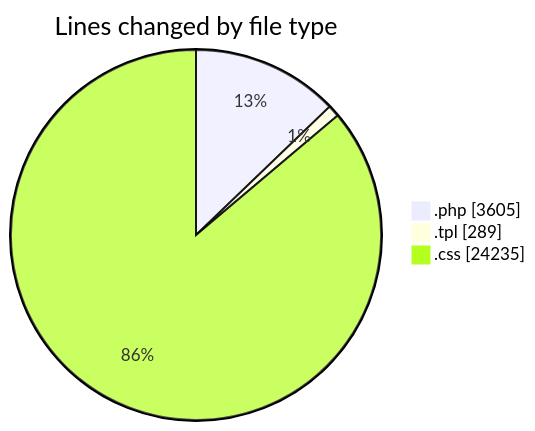
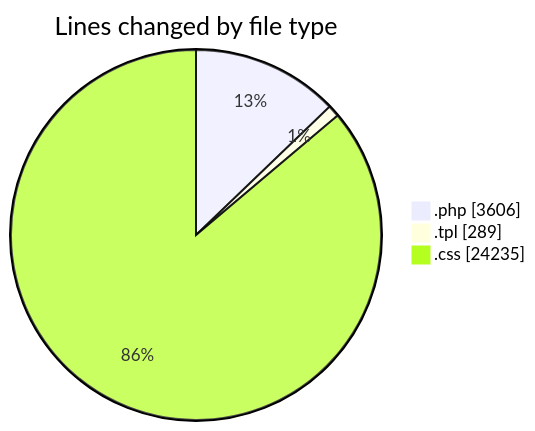
The first of 2 diagrams in 2025-04-18/zeytoon/README.md (vahidmafi/code-tracking), drawn with Mermaid before and after one commit. The commit also changed other lines of this file and 1 other file, not shown here.

````diff
--- a/2025-04-18/zeytoon/README.md
+++ b/2025-04-18/zeytoon/README.md
@@ -27,7 +27,7 @@
 ```mermaid
 pie showData
 title Lines changed by file type
-".php" : 3605
+".php" : 3606
 ".tpl" : 289
 ".css" : 24235
 ```
````
